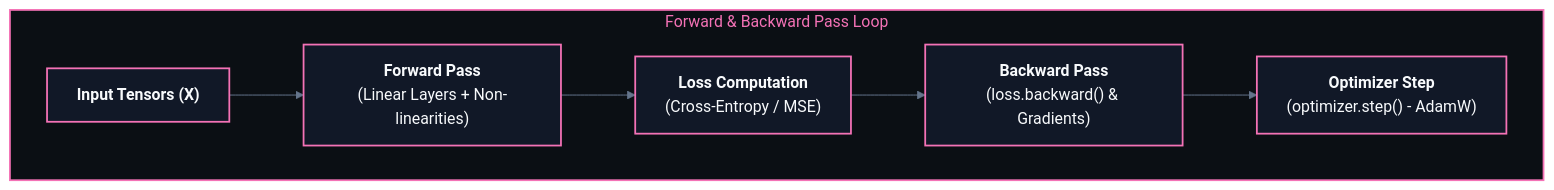
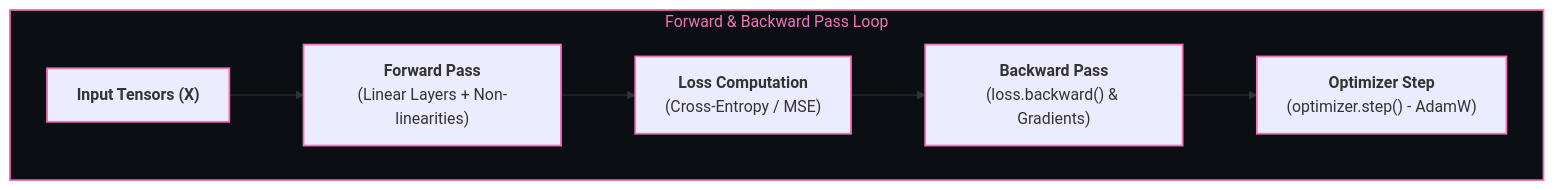
Before and after one commit to abhinavbharti2345/CS_Notes: the diagram in BrainOS/07 - AI & Machine Learning/Deep Learning & PyTorch.md, drawn with Mermaid. The commit also changed 91 other files, not shown here.

````diff
--- a/BrainOS/07 - AI & Machine Learning/Deep Learning & PyTorch.md
+++ b/BrainOS/07 - AI & Machine Learning/Deep Learning & PyTorch.md
@@ -28,16 +28,15 @@
 ```mermaid
-%%{init: {'theme': 'base', 'themeVariables': { 'darkMode': true, 'background': '#0B0F14', 'mainBkg': '#111827', 'primaryColor': '#111827', 'primaryTextColor': '#F8FAFC', 'primaryBorderColor': '#38BDF8', 'lineColor': '#64748B', 'secondaryColor': '#0B0F14', 'tertiaryColor': '#0B0F14', 'clusterBkg': '#0B0F14', 'clusterBorder': '#38BDF8' }}}%%
 flowchart LR
     subgraph NN_FLOW ["Forward & Backward Pass Loop"]
         direction LR
         IN["<b>Input Tensors (X)</b>"] --> FWD["<b>Forward Pass</b><br/>(Linear Layers + Non-linearities)"]
         FWD --> LOSS["<b>Loss Computation</b><br/>(Cross-Entropy / MSE)"]
         LOSS --> BWD["<b>Backward Pass</b><br/>(loss.backward() & Gradients)"]
         BWD --> STEP["<b>Optimizer Step</b><br/>(optimizer.step() - AdamW)"]
     end
 
     style NN_FLOW fill:#0B0F14,stroke:#F472B6,stroke-width:1.8px,color:#F472B6
 
-    classDef dlNode fill:#111827,stroke:#F472B6,stroke-width:1.8px,color:#F8FAFC;
+    classDef dlNode stroke:#F472B6,stroke-width:1.8px;
     class IN,FWD,LOSS,BWD,STEP dlNode;
 ```
````
